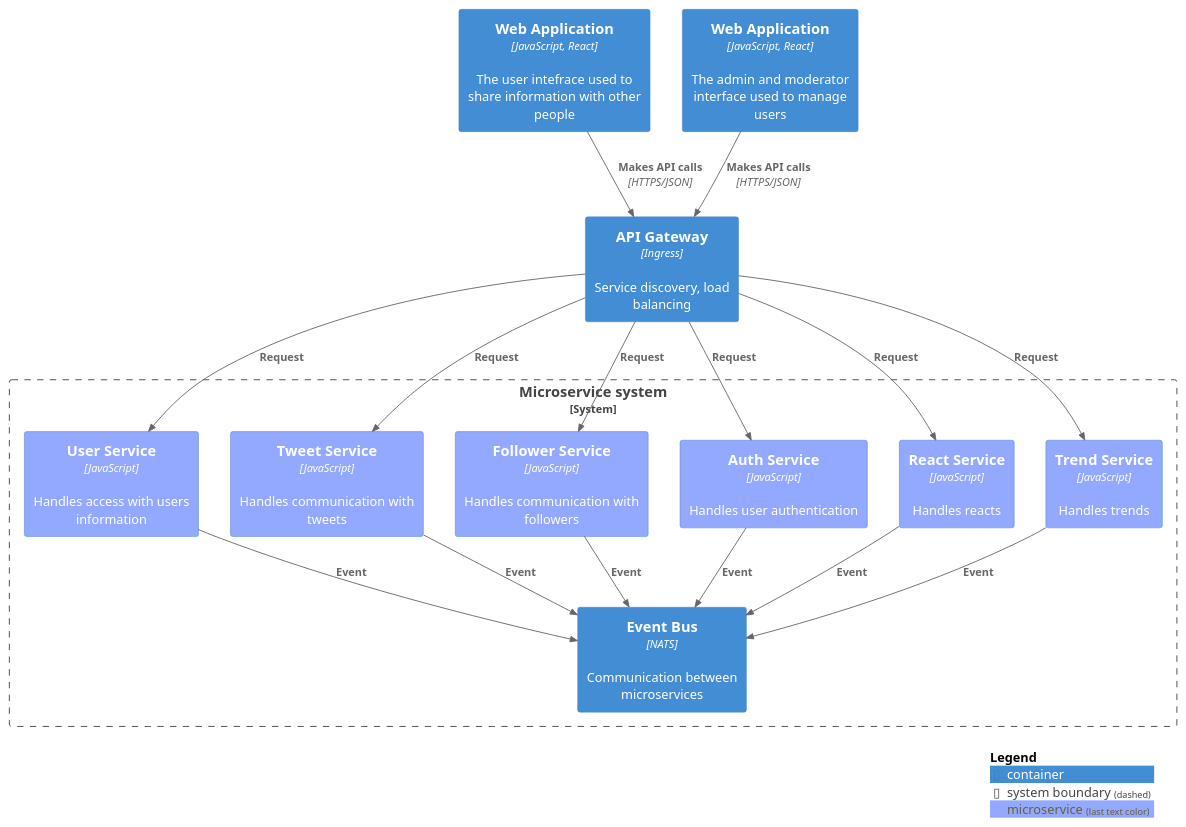
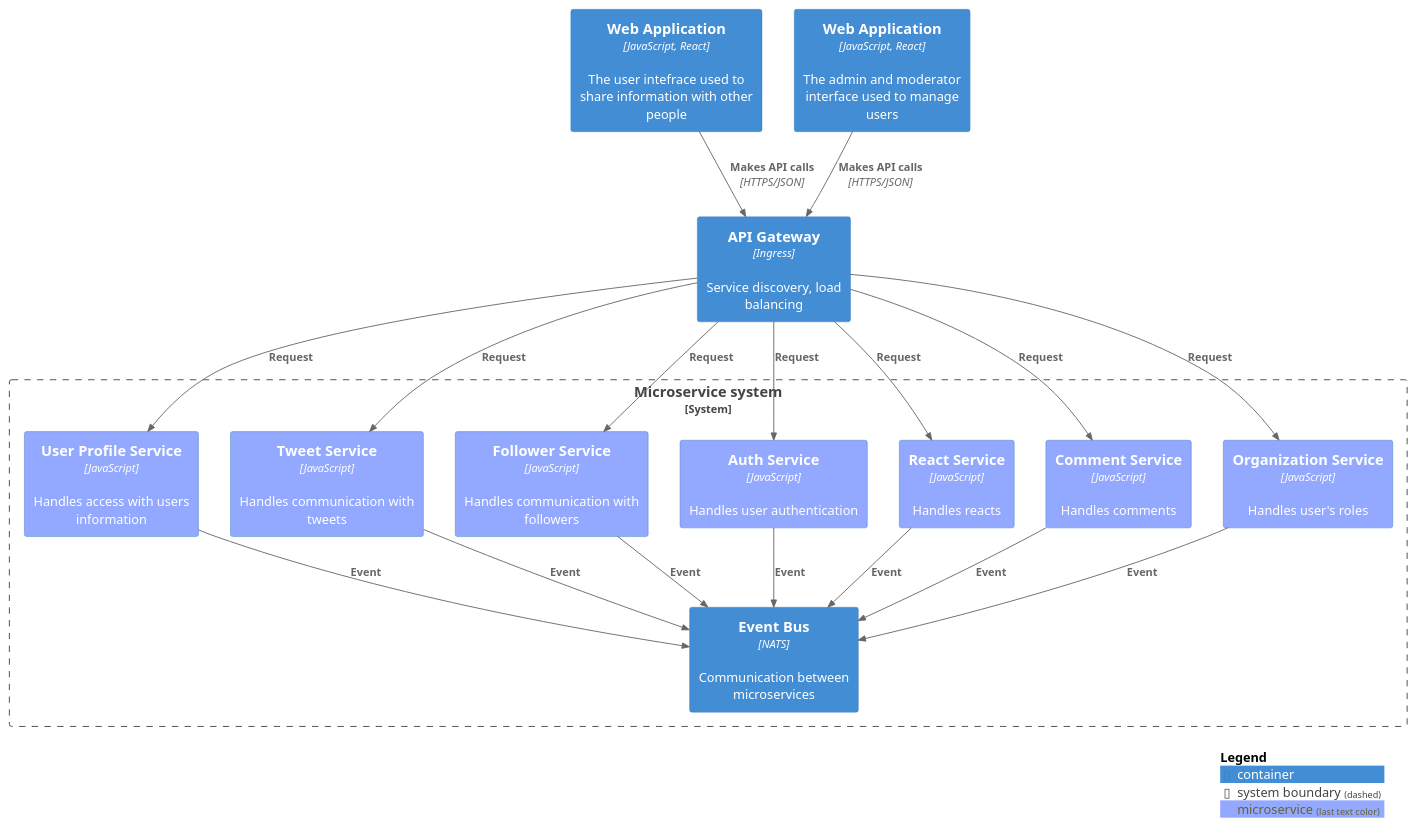
One commit to ivanovb3/Kwetter changed the diagram in Diagrams/c2.puml. Above: the diagram before and after it, drawn with PlantUML. The commit also changed 1 other file, not shown here.

Commit message:
diagram changes

```diff
--- a/Diagrams/c2.puml
+++ b/Diagrams/c2.puml
@@ -1,38 +1,42 @@
 @startuml blogging_context
 !include https://raw.githubusercontent.com/plantuml-stdlib/C4-PlantUML/master/C4_Container.puml
 
 AddElementTag("microservice", $bgColor="#93A8FF")
 
 Container(frontend, "Web Application", "JavaScript, React", "The user intefrace used to share information with other people")
 Container(frontendmods, "Web Application", "JavaScript, React", "The admin and moderator interface used to manage users")
 Container(gateway, "API Gateway", "Ingress", "Service discovery, load balancing")
 
 System_Boundary(c1, "Microservice system") {
-    Container(userservice, "User Service", "JavaScript", "Handles access with users information", $tags="microservice")
+    Container(userservice, "User Profile Service", "JavaScript", "Handles access with users information", $tags="microservice")
     Container(tweetservice, "Tweet Service", "JavaScript", "Handles communication with tweets", $tags="microservice")
     Container(followerservice, "Follower Service", "JavaScript", "Handles communication with followers", $tags="microservice")
     Container(authservice, "Auth Service", "JavaScript", "Handles user authentication", $tags="microservice")
     Container(reactservice, "React Service", "JavaScript", "Handles reacts", $tags="microservice")
-    Container(trendservice, "Trend Service", "JavaScript", "Handles trends", $tags="microservice")
+    Container(commentservice, "Comment Service", "JavaScript", "Handles comments", $tags="microservice")
+    Container(organizationservice, "Organization Service", "JavaScript", "Handles user's roles", $tags="microservice")
+    ' Container(commentservice, " Service", "JavaScript", "Handles trends", $tags="microservice")
 
     Container(eventbus, "Event Bus", "NATS", "Communication between microservices")  
 }
 
 Rel(frontend, gateway, "Makes API calls ", "HTTPS/JSON")
 Rel(frontendmods, gateway, "Makes API calls ", "HTTPS/JSON")
 Rel(gateway, userservice, "Request")
 Rel(gateway, tweetservice, "Request")
 Rel(gateway, followerservice, "Request")
 Rel(gateway, reactservice, "Request")
-Rel(gateway, trendservice, "Request")
+Rel(gateway, commentservice, "Request")
 Rel(gateway, authservice, "Request")
+Rel(gateway, organizationservice, "Request")
 
 Rel(userservice, eventbus, "Event")
 Rel(tweetservice, eventbus, "Event")
 Rel(followerservice, eventbus, "Event")
-Rel(trendservice, eventbus, "Event")
+Rel(commentservice, eventbus, "Event")
 Rel(reactservice, eventbus, "Event")
 Rel(authservice, eventbus, "Event")
+Rel(organizationservice, eventbus, "Event")
 
 SHOW_LEGEND()
 @enduml
```
